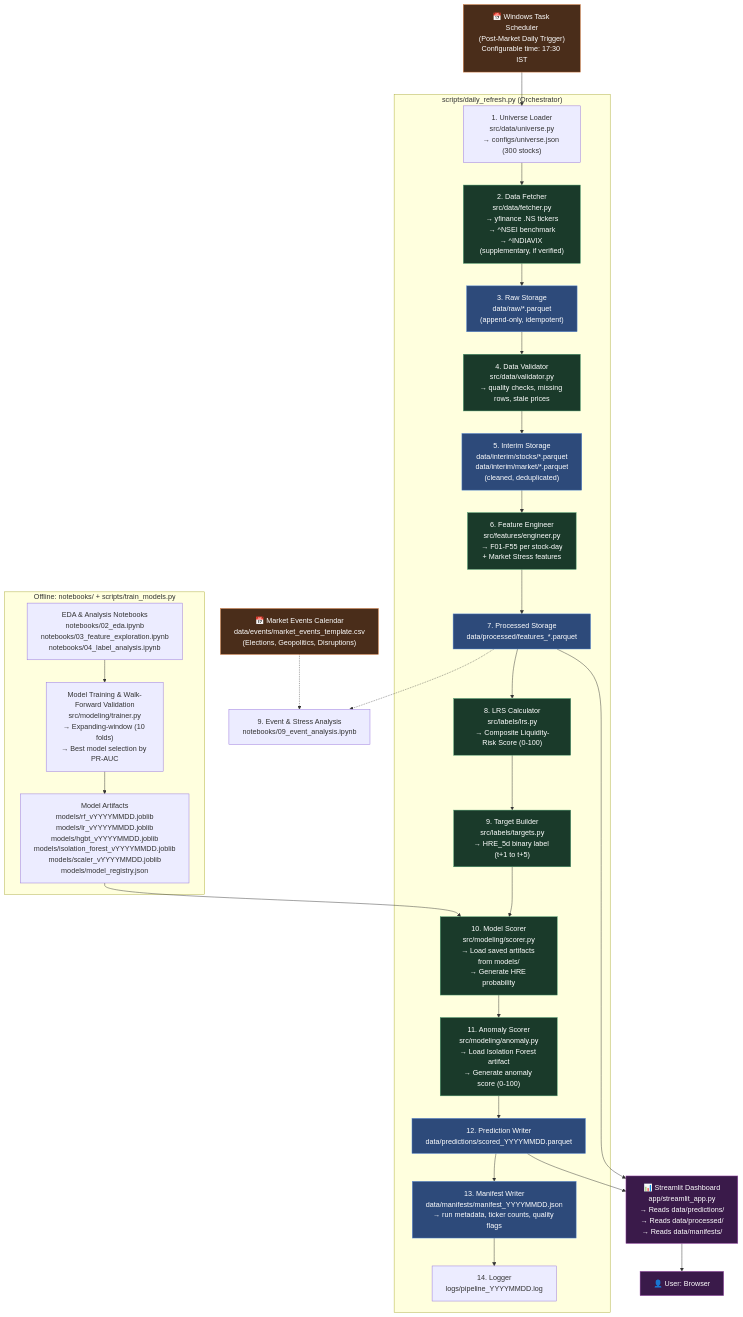
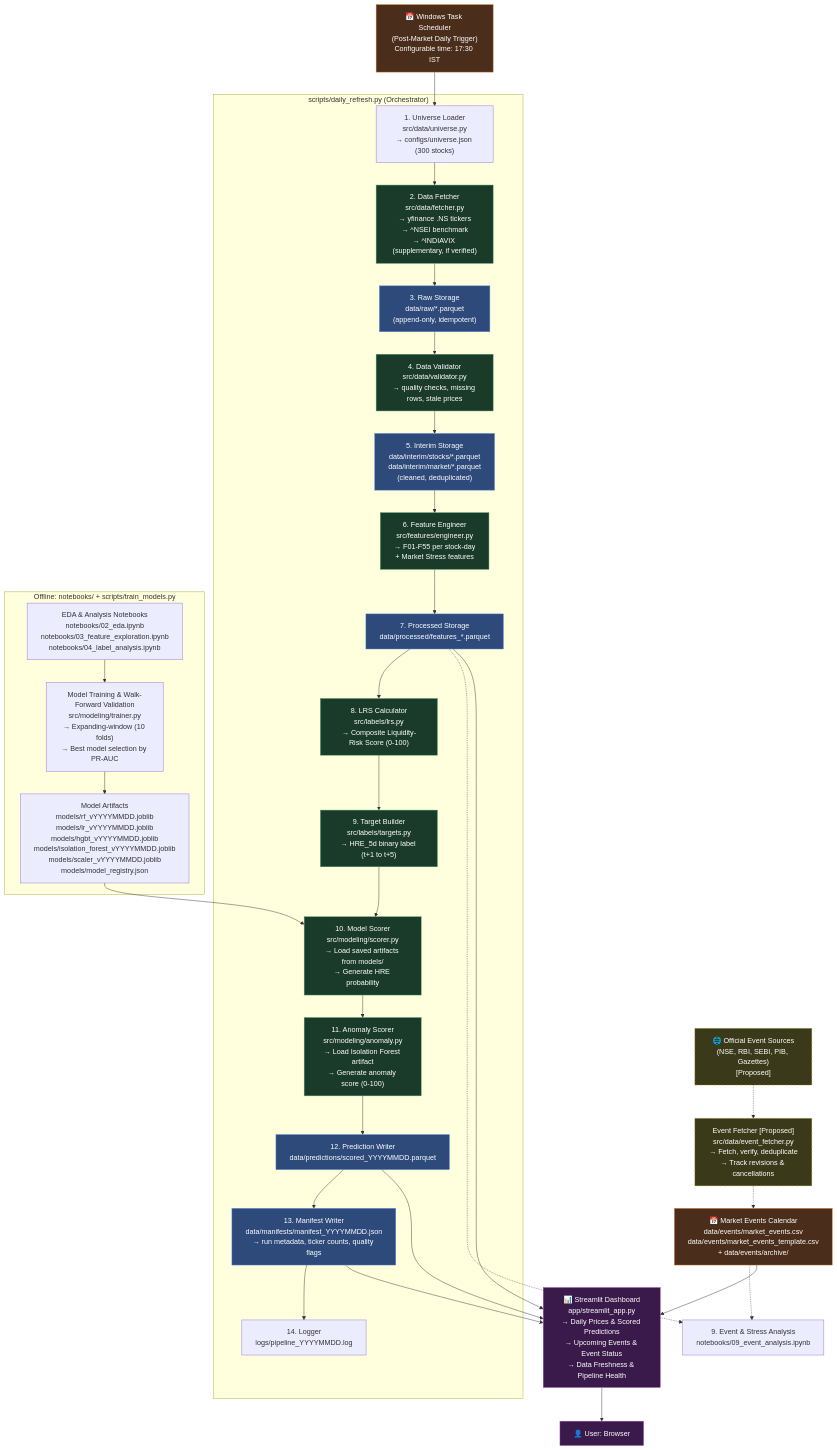
One commit to vighnesh-6/LIQUIDIT-AND-TRADING-RISK-INTELLIGENCE-FOR-INDIAN-EQUITIES- changed the diagram in docs/ARCHITECTURE.md. Above: the diagram before and after it, drawn with Mermaid. The commit also changed other lines of this file, not shown here.

````diff
--- a/docs/ARCHITECTURE.md
+++ b/docs/ARCHITECTURE.md
@@ -11,45 +11,51 @@
 ```mermaid
 flowchart TD
     A["📅 Windows Task Scheduler\n(Post-Market Daily Trigger)\nConfigurable time: 17:30 IST"] --> B
 
     subgraph PIPELINE["scripts/daily_refresh.py (Orchestrator)"]
         B["1. Universe Loader\nsrc/data/universe.py\n→ configs/universe.json (300 stocks)"] --> C
         C["2. Data Fetcher\nsrc/data/fetcher.py\n→ yfinance .NS tickers\n→ ^NSEI benchmark\n→ ^INDIAVIX (supplementary, if verified)"] --> D
         D["3. Raw Storage\ndata/raw/*.parquet\n(append-only, idempotent)"] --> E
         E["4. Data Validator\nsrc/data/validator.py\n→ quality checks, missing rows, stale prices"] --> F
         F["5. Interim Storage\ndata/interim/stocks/*.parquet\ndata/interim/market/*.parquet\n(cleaned, deduplicated)"] --> G
         G["6. Feature Engineer\nsrc/features/engineer.py\n→ F01-F55 per stock-day\n+ Market Stress features"] --> H
         H["7. Processed Storage\ndata/processed/features_*.parquet"] --> I
         I["8. LRS Calculator\nsrc/labels/lrs.py\n→ Composite Liquidity-Risk Score (0-100)"] --> J
         J["9. Target Builder\nsrc/labels/targets.py\n→ HRE_5d binary label (t+1 to t+5)"] --> K
         K["10. Model Scorer\nsrc/modeling/scorer.py\n→ Load saved artifacts from models/\n→ Generate HRE probability"] --> L
         L["11. Anomaly Scorer\nsrc/modeling/anomaly.py\n→ Load Isolation Forest artifact\n→ Generate anomaly score (0-100)"] --> M
         M["12. Prediction Writer\ndata/predictions/scored_YYYYMMDD.parquet"] --> N
         N["13. Manifest Writer\ndata/manifests/manifest_YYYYMMDD.json\n→ run metadata, ticker counts, quality flags"] --> O
         O["14. Logger\nlogs/pipeline_YYYYMMDD.log"]
     end
 
-    EV["📅 Market Events Calendar\ndata/events/market_events_template.csv\n(Elections, Geopolitics, Disruptions)"] -.-> EA["9. Event & Stress Analysis\nnotebooks/09_event_analysis.ipynb"]
+    EV_SRC["🌐 Official Event Sources\n(NSE, RBI, SEBI, PIB, Gazettes)\n[Proposed]"] -.-> EF["Event Fetcher [Proposed]\nsrc/data/event_fetcher.py\n→ Fetch, verify, deduplicate\n→ Track revisions & cancellations"]
+    EF -.-> EV["📅 Market Events Calendar\ndata/events/market_events.csv\ndata/events/market_events_template.csv\n+ data/events/archive/"]
+    EV -.-> EA["9. Event & Stress Analysis\nnotebooks/09_event_analysis.ipynb"]
     H -.-> EA
 
-    P["📊 Streamlit Dashboard\napp/streamlit_app.py\n→ Reads data/predictions/\n→ Reads data/processed/\n→ Reads data/manifests/"] --> Q["👤 User: Browser"]
+    P["📊 Streamlit Dashboard\napp/streamlit_app.py\n→ Daily Prices & Scored Predictions\n→ Upcoming Events & Event Status\n→ Data Freshness & Pipeline Health"] --> Q["👤 User: Browser"]
 
     H --> P
     M --> P
+    EV --> P
+    N --> P
 
     subgraph TRAINING["Offline: notebooks/ + scripts/train_models.py"]
         T1["EDA & Analysis Notebooks\nnotebooks/02_eda.ipynb\nnotebooks/03_feature_exploration.ipynb\nnotebooks/04_label_analysis.ipynb"] --> T2
         T2["Model Training & Walk-Forward Validation\nsrc/modeling/trainer.py\n→ Expanding-window (10 folds)\n→ Best model selection by PR-AUC"] --> T3
         T3["Model Artifacts\nmodels/rf_vYYYYMMDD.joblib\nmodels/lr_vYYYYMMDD.joblib\nmodels/hgbt_vYYYYMMDD.joblib\nmodels/isolation_forest_vYYYYMMDD.joblib\nmodels/scaler_vYYYYMMDD.joblib\nmodels/model_registry.json"] --> K
     end
 
     classDef storage fill:#2d4a7a,stroke:#5b8dd9,color:#fff
     classDef compute fill:#1a3a2a,stroke:#4a9d6f,color:#fff
     classDef external fill:#4a2d1a,stroke:#d97b3a,color:#fff
     classDef ui fill:#3a1a4a,stroke:#9d4aad,color:#fff
+    classDef proposed fill:#3a3a1a,stroke:#c4a000,stroke-dasharray: 5 5,color:#fff
 
     class D,F,H,M,N storage
     class C,E,G,I,J,K,L compute
     class A,EV external
     class P,Q ui
+    class EV_SRC,EF proposed
 ```
````
